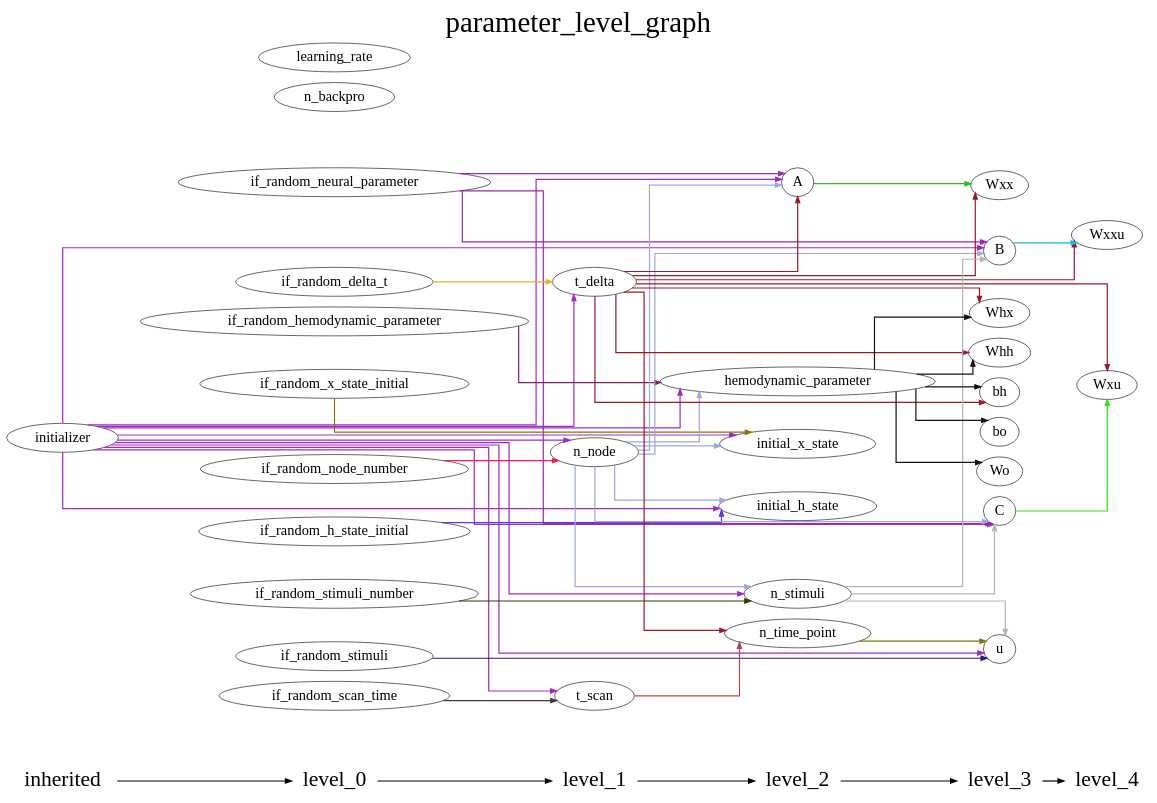
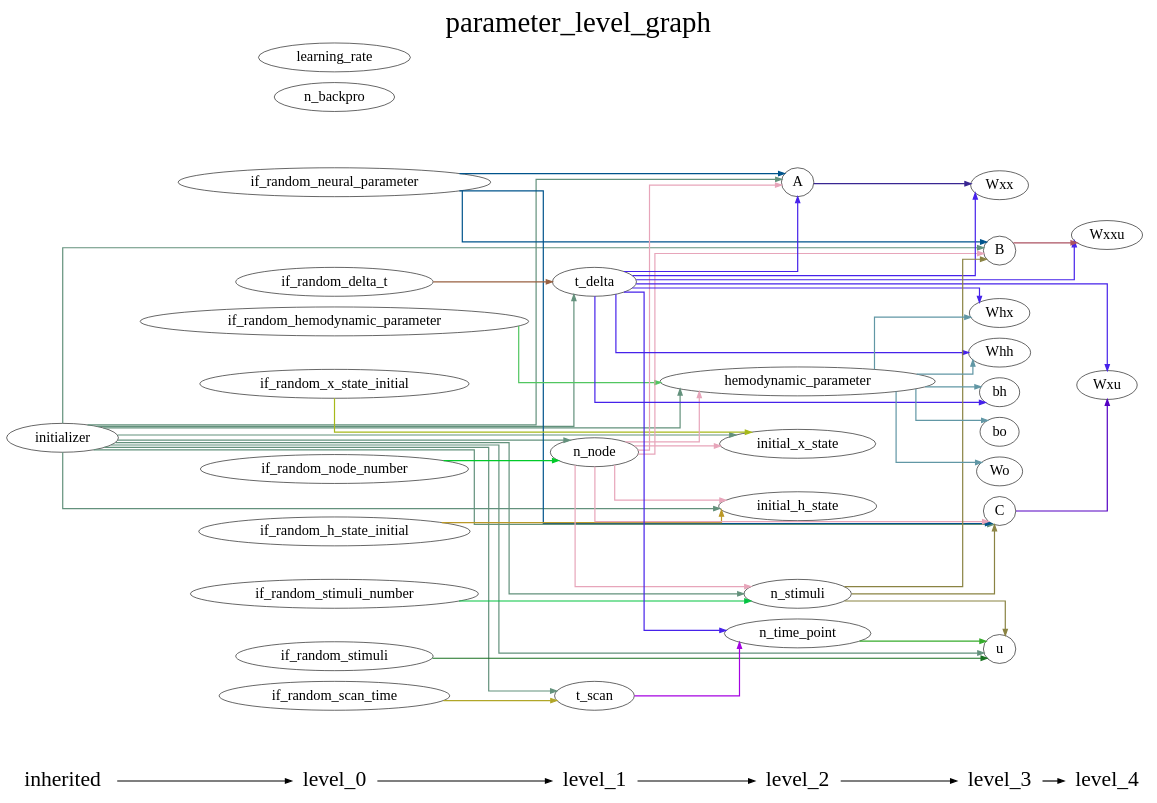
The diagram in DCM_RNN/documents/parameter_level_graph.gv (YuanWangOnward/DCM_RNN), drawn with Graphviz before and after one commit. The commit also changed 3 other files, not shown here.

```diff
--- a/DCM_RNN/documents/parameter_level_graph.gv
+++ b/DCM_RNN/documents/parameter_level_graph.gv
@@ -1,131 +1,131 @@
 digraph G {
           splines=ortho;
           fontsize = 48;
           rankdir = "LR";
           node[fontsize=24];
           edge[penwidth=2];
           {
           node [shape=plaintext fontsize=36];
           inherited -> 
           level_0 -> 
           level_1 -> 
           level_2 -> 
           level_3 -> 
           level_4
           }
           {rank = same;
           inherited;
           initializer;
           }
           {rank = same;
           level_0;
           if_random_neural_parameter;
           if_random_hemodynamic_parameter;
           if_random_x_state_initial;
           if_random_h_state_initial;
           if_random_stimuli;
           if_random_node_number;
           if_random_stimuli_number;
           if_random_delta_t;
           if_random_scan_time;
           n_backpro;
           learning_rate;
           }
           {rank = same;
           level_1;
           n_node;
           t_delta;
           t_scan;
           }
           {rank = same;
           level_2;
           n_time_point;
           n_stimuli;
           A;
           hemodynamic_parameter;
           initial_x_state;
           initial_h_state;
           }
           {rank = same;
           level_3;
           u;
           B;
           C;
           Wxx;
           Whx;
           Whh;
           bh;
           Wo;
           bo;
           }
           {rank = same;
           level_4;
           Wxxu;
           Wxu;
           }
-          C -> Wxu [color="#1EEE05"];
+          if_random_scan_time -> t_scan [color="#B1A628"];
+          B -> Wxxu [color="#AB5262"];
+          if_random_x_state_initial -> initial_x_state [color="#A7B91A"];
+          if_random_neural_parameter -> B [color="#00548C"];
+          if_random_neural_parameter -> C [color="#00548C"];
+          if_random_neural_parameter -> A [color="#00548C"];
+          Wxx ;
+          t_scan -> n_time_point [color="#A503E2"];
+          n_stimuli -> B [color="#8A8343"];
+          n_stimuli -> C [color="#8A8343"];
+          n_stimuli -> u [color="#8A8343"];
+          n_backpro ;
           bo ;
-          if_random_hemodynamic_parameter -> hemodynamic_parameter [color="#881E68"];
-          if_random_stimuli_number -> n_stimuli [color="#36390C"];
-          n_node -> C [color="#9BA9E0"];
-          n_node -> n_stimuli [color="#9BA9E0"];
-          n_node -> initial_x_state [color="#9BA9E0"];
-          n_node -> B [color="#9BA9E0"];
-          n_node -> A [color="#9BA9E0"];
-          n_node -> initial_h_state [color="#9BA9E0"];
-          n_node -> hemodynamic_parameter [color="#9BA9E0"];
-          Wxx ;
-          if_random_x_state_initial -> initial_x_state [color="#8B7305"];
-          A -> Wxx [color="#26C41C"];
-          n_stimuli -> C [color="#B1B7B3"];
-          n_stimuli -> B [color="#B1B7B3"];
-          n_stimuli -> u [color="#B1B7B3"];
+          C -> Wxu [color="#5400C2"];
+          learning_rate ;
           initial_x_state ;
-          t_scan -> n_time_point [color="#B5454B"];
-          if_random_stimuli -> u [color="#2C1874"];
-          if_random_node_number -> n_node [color="#EB2357"];
-          if_random_neural_parameter -> C [color="#9B2AAC"];
-          if_random_neural_parameter -> B [color="#9B2AAC"];
-          if_random_neural_parameter -> A [color="#9B2AAC"];
-          t_delta -> Whh [color="#9A192B"];
-          t_delta -> Wxxu [color="#9A192B"];
-          t_delta -> Whx [color="#9A192B"];
-          t_delta -> n_time_point [color="#9A192B"];
-          t_delta -> A [color="#9A192B"];
-          t_delta -> bh [color="#9A192B"];
-          t_delta -> Wxx [color="#9A192B"];
-          t_delta -> Wxu [color="#9A192B"];
-          n_backpro ;
           Wxxu ;
+          n_node -> B [color="#E7A5BA"];
+          n_node -> n_stimuli [color="#E7A5BA"];
+          n_node -> C [color="#E7A5BA"];
+          n_node -> initial_x_state [color="#E7A5BA"];
+          n_node -> initial_h_state [color="#E7A5BA"];
+          n_node -> hemodynamic_parameter [color="#E7A5BA"];
+          n_node -> A [color="#E7A5BA"];
+          u ;
+          initializer -> B [color="#63917C"];
+          initializer -> n_node [color="#63917C"];
+          initializer -> n_stimuli [color="#63917C"];
+          initializer -> t_delta [color="#63917C"];
+          initializer -> C [color="#63917C"];
+          initializer -> initial_x_state [color="#63917C"];
+          initializer -> initial_h_state [color="#63917C"];
+          initializer -> hemodynamic_parameter [color="#63917C"];
+          initializer -> u [color="#63917C"];
+          initializer -> t_scan [color="#63917C"];
+          initializer -> A [color="#63917C"];
+          initial_h_state ;
+          hemodynamic_parameter -> bo [color="#6197A5"];
+          hemodynamic_parameter -> Whx [color="#6197A5"];
+          hemodynamic_parameter -> bh [color="#6197A5"];
+          hemodynamic_parameter -> Wo [color="#6197A5"];
+          hemodynamic_parameter -> Whh [color="#6197A5"];
+          Wxu ;
+          if_random_hemodynamic_parameter -> hemodynamic_parameter [color="#51C660"];
+          Wo ;
+          t_delta -> Wxx [color="#4622EA"];
+          t_delta -> Wxxu [color="#4622EA"];
+          t_delta -> Whx [color="#4622EA"];
+          t_delta -> bh [color="#4622EA"];
+          t_delta -> Wxu [color="#4622EA"];
+          t_delta -> n_time_point [color="#4622EA"];
+          t_delta -> A [color="#4622EA"];
+          t_delta -> Whh [color="#4622EA"];
           Whx ;
-          B -> Wxxu [color="#17B9E1"];
-          n_time_point -> u [color="#74751B"];
-          if_random_scan_time -> t_scan [color="#453840"];
-          u ;
           bh ;
+          n_time_point -> u [color="#36AB2B"];
+          if_random_stimuli -> u [color="#187120"];
+          if_random_delta_t -> t_delta [color="#986041"];
+          A -> Wxx [color="#392692"];
+          if_random_stimuli_number -> n_stimuli [color="#03C341"];
           Whh ;
-          initial_h_state ;
-          if_random_delta_t -> t_delta [color="#E5B223"];
-          Wxu ;
-          learning_rate ;
-          hemodynamic_parameter -> bo [color="#131112"];
-          hemodynamic_parameter -> Whh [color="#131112"];
-          hemodynamic_parameter -> Whx [color="#131112"];
-          hemodynamic_parameter -> bh [color="#131112"];
-          hemodynamic_parameter -> Wo [color="#131112"];
-          initializer -> C [color="#A12AC3"];
-          initializer -> t_scan [color="#A12AC3"];
-          initializer -> n_node [color="#A12AC3"];
-          initializer -> n_stimuli [color="#A12AC3"];
-          initializer -> initial_x_state [color="#A12AC3"];
-          initializer -> t_delta [color="#A12AC3"];
-          initializer -> B [color="#A12AC3"];
-          initializer -> A [color="#A12AC3"];
-          initializer -> u [color="#A12AC3"];
-          initializer -> initial_h_state [color="#A12AC3"];
-          initializer -> hemodynamic_parameter [color="#A12AC3"];
-          if_random_h_state_initial -> initial_h_state [color="#543CE1"];
-          Wo ;
+          if_random_h_state_initial -> initial_h_state [color="#BA9827"];
+          if_random_node_number -> n_node [color="#00CA29"];
           labelloc = "t";
           label = "parameter_level_graph";
 }
```
